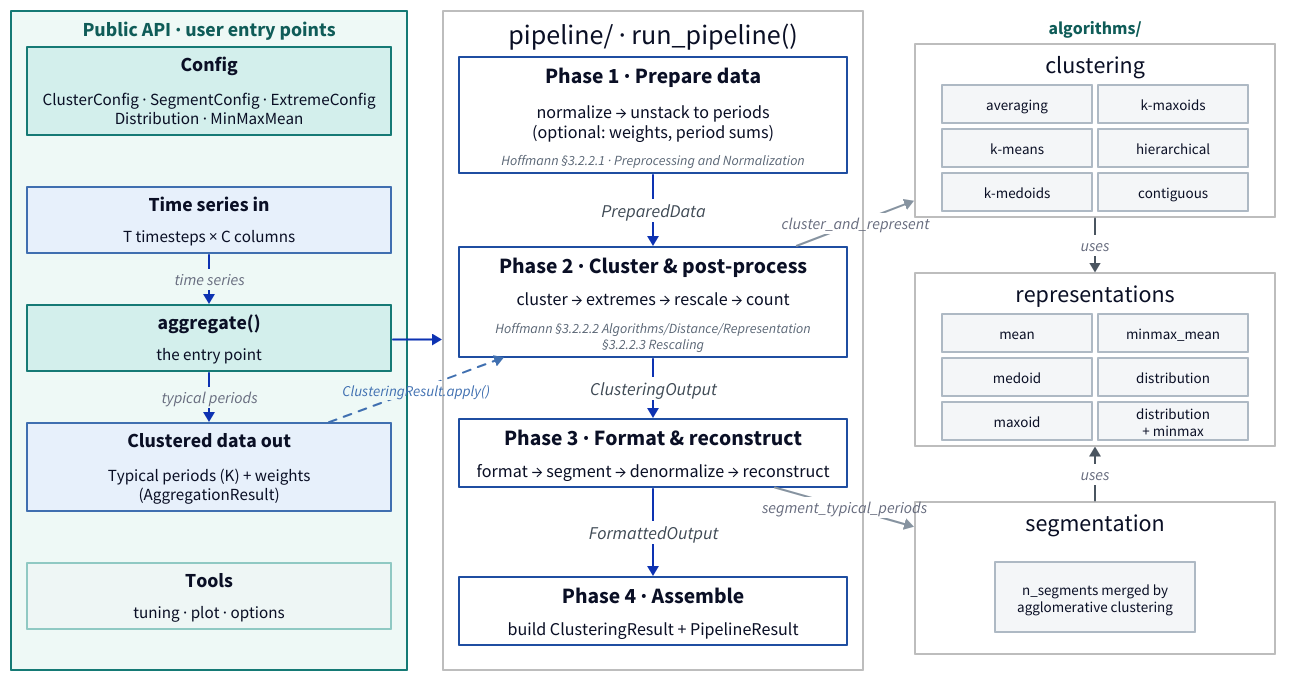
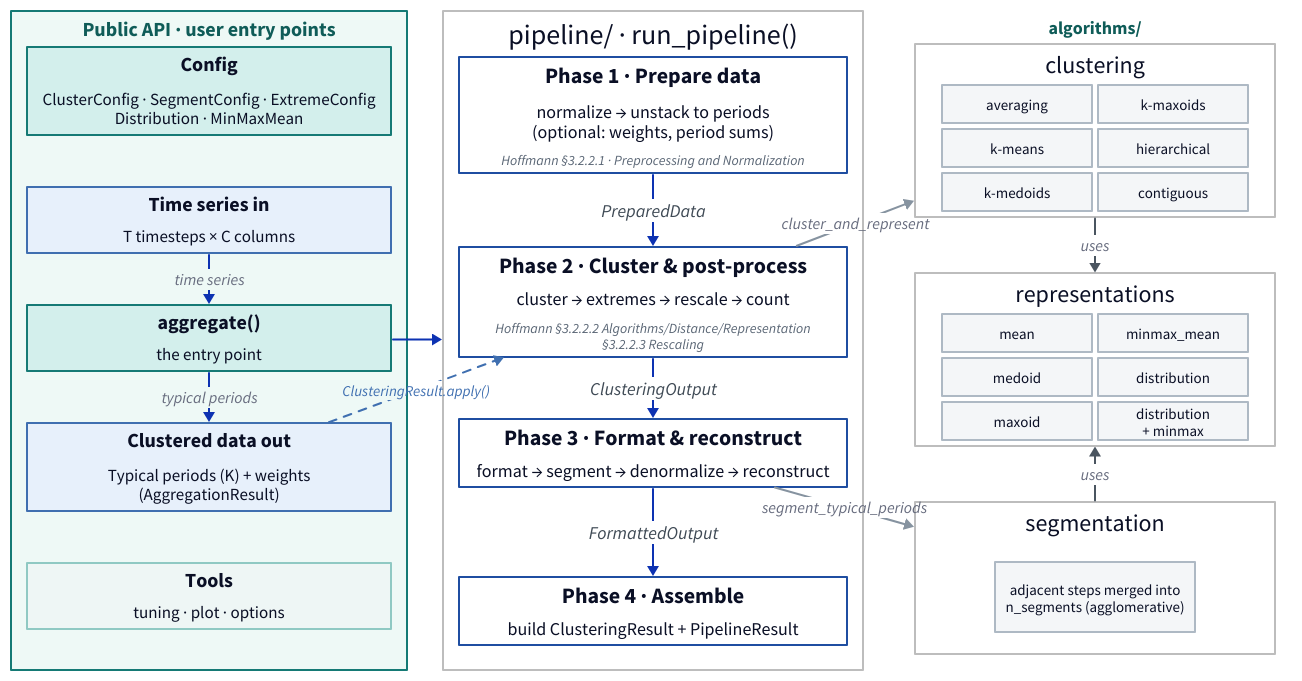
One commit to FZJ-IEK3-VSA/tsam changed the diagram in docs/assets/architecture/pipeline_diagram.d2. Above: the diagram before and after it, drawn with D2. The commit also changed 4 other files, not shown here.

```diff
--- a/docs/assets/architecture/pipeline_diagram.d2
+++ b/docs/assets/architecture/pipeline_diagram.d2
@@ -1,199 +1,199 @@
 # Pipeline architecture diagram — user data flow (time series in -> aggregate()
 # -> clustered data out), the four-phase run_pipeline(), and the clustering /
 # representation / segmentation options. Compact and A4-printable. Regenerate:
 #   d2 pipeline_diagram.d2 pipeline_diagram.svg
 
 direction: down
 
 vars: {
   d2-config: { pad: 6 }
 }
 
 classes: {
   side: { style: { fill: transparent; stroke: "#bdbdbd" } }
   pad: { style: { fill: transparent; stroke: transparent } }
   # green wrapper around the whole public API column (the user's entry points)
   api_group: { style: { fill: "#eef9f6"; stroke: "#157a75"; stroke-width: 2; bold: true; font-size: 20; font-color: "#0f5c58" } }
   # first-class public API (aggregate + config + results): prominent teal
   public: { style: { fill: "#d3efec"; stroke: "#157a75"; stroke-width: 2; bold: false; font-size: 18 } }
   # secondary public tools: lighter teal
   tool: { style: { fill: "#eef6f5"; stroke: "#8fc9c3"; bold: false; font-size: 16 } }
   # user data (time series in / clustered data out) — blue, distinct from the API
   data: { style: { fill: "#e7f0fb"; stroke: "#3f6fb0"; stroke-width: 2 } }
   # public-box title (bold) + body (normal) sub-nodes — same split as the phases
   # (d2 can't bold only part of a single label without markdown, which drops the
   # fill/border); fixed width keeps every box equal width and the text centred.
   pub_title: { width: 360; height: 30; style: { fill: transparent; stroke: transparent; bold: true; font-size: 20 } }
   pub_body: { width: 360; height: 30; style: { fill: transparent; stroke: transparent; bold: false; font-size: 17 } }
   # phase container holds a bold title sub-node + a normal-weight body sub-node
   # (d2 cannot bold only part of a single label without markdown, which drops
   # the box border — so the two weights are two borderless sub-nodes).
   phase: { style: { fill: "#ffffff"; stroke: "#1f4ea1"; stroke-width: 2 } }
   # fixed widths so every phase box is the same width and the centered text
   # lands on the box centre (d2 left-aligns content when it stretches a narrower
   # sibling to match the widest one).
   phase_title: { width: 384; height: 32; style: { fill: transparent; stroke: transparent; bold: true; font-size: 22 } }
   phase_body: { width: 384; height: 30; style: { fill: transparent; stroke: transparent; bold: false; font-size: 18 } }
   # faint caption mapping a phase onto the review's feature-based-merging steps
   # (Hoffmann et al. 2020, §3.2.2) — see context.md "Methodological positioning".
   phase_tag: { width: 384; style: { fill: transparent; stroke: transparent; bold: false; italic: true; font-size: 14; font-color: "#5a6675" } }
   # individual option chips — fixed width so all three groups are equal width
   opt: { width: 150; height: 38; style: { fill: "#f4f6f8"; stroke: "#aeb9c4"; bold: false; font-size: 15 } }
   conn: { style: { stroke: "#8693a0" } }
 }
 
 grid-columns: 3
 grid-gap: 36
 vertical-gap: 20
 
 # ── Left: public API (config → aggregate → results) + tools ────────────────
 # grid-gap doubles as the container's inner padding, so it is kept tiny (4) to
 # keep the outer boxes tight; the vertical spacing comes from transparent spacer
 # rows whose heights are tuned to fill the column to the tallest (right) one.
 lcol: "Public API · user entry points" {
   class: api_group
   grid-columns: 1
   grid-gap: 16
   cfg: "" {
     class: public
     grid-rows: 2
     grid-gap: 2
     title: "Config" { class: pub_title }
     body: "ClusterConfig · SegmentConfig · ExtremeConfig\nDistribution · MinMaxMean" { class: pub_body; height: 52 }
   }
   gap0: "" { class: pad; width: 10; height: 20 }
   ts: "" {
     class: data
     grid-rows: 2
     grid-gap: 2
     title: "Time series in" { class: pub_title }
     body: "T timesteps × C columns" { class: pub_body }
   }
   gapA: "" { class: pad; width: 10; height: 20 }
   api: "" {
     class: public
     grid-rows: 2
     grid-gap: 2
     title: "aggregate()" { class: pub_title }
     body: "the entry point" { class: pub_body }
   }
   gapB: "" { class: pad; width: 10; height: 20 }
   res: "" {
     class: data
     grid-rows: 2
     grid-gap: 2
     title: "Clustered data out" { class: pub_title }
     body: "Typical periods (K) + weights\n(AggregationResult)" { class: pub_body; height: 52 }
   }
   gapC: "" { class: pad; width: 10; height: 20 }
   tools: "" {
     class: tool
     grid-rows: 2
     grid-gap: 2
     title: "Tools" { class: pub_title }
     body: "tuning · plot · options" { class: pub_body }
   }
   ts -> api: "time series"
   api -> res: "typical periods"
 }
 
 # ── Center: the four phases (bold title + stage names) ─────────────────────
 pipeline: "pipeline/ · run_pipeline()" {
   class: side
   grid-columns: 1
   grid-gap: 16
 
   p1: "" {
     class: phase
     grid-rows: 3
     grid-gap: 2
     title: "Phase 1 · Prepare data" { class: phase_title }
     body: "normalize → unstack to periods\n(optional: weights, period sums)" { class: phase_body; height: 54 }
     tag: "Hoffmann §3.2.2.1 · Preprocessing and Normalization" { class: phase_tag; height: 22 }
   }
   gap1: "" { class: pad; width: 10; height: 42 }
   p2: "" {
     class: phase
     grid-rows: 3
     grid-gap: 2
     title: "Phase 2 · Cluster & post-process" { class: phase_title }
     body: "cluster → extremes → rescale → count" { class: phase_body }
     tag: "Hoffmann §3.2.2.2 Algorithms/Distance/Representation\n§3.2.2.3 Rescaling" { class: phase_tag; height: 40 }
   }
   gap2: "" { class: pad; width: 10; height: 30 }
   p3: "" {
     class: phase
     grid-rows: 2
     grid-gap: 2
     title: "Phase 3 · Format & reconstruct" { class: phase_title }
     body: "format → segment → denormalize → reconstruct" { class: phase_body }
   }
   gap3: "" { class: pad; width: 10; height: 58 }
   p4: "" {
     class: phase
     grid-rows: 2
     grid-gap: 2
     title: "Phase 4 · Assemble" { class: phase_title }
     body: "build ClusteringResult + PipelineResult" { class: phase_body }
   }
 
   p1 -> p2: "PreparedData" { style.font-size: 18; style.font-color: "#3f4a55" }
   p2 -> p3: "ClusteringOutput" { style.font-size: 18; style.font-color: "#3f4a55" }
   p3 -> p4: "FormattedOutput" { style.font-size: 18; style.font-color: "#3f4a55" }
 }
 
 # ── Right: algorithms/ — config-agnostic kernels the stages dispatch to ────
 rcol: "algorithms/" {
   class: pad
   style.font-size: 18
   style.font-color: "#0f5c58"
   style.bold: true
   grid-columns: 1
   grid-gap: 16
 
   clu_back: "clustering" {
     class: side
     width: 360
     grid-columns: 2
     grid-gap: 6
     m1: "averaging" { class: opt }
     m2: "k-means" { class: opt }
     m3: "k-medoids" { class: opt }
     m4: "k-maxoids" { class: opt }
     m5: "hierarchical" { class: opt }
     m6: "contiguous" { class: opt }
   }
 
   gapR1: "" { class: pad; width: 10; height: 24 }
   reps: "representations" {
     class: side
     width: 360
     grid-columns: 2
     grid-gap: 6
     r1: "mean" { class: opt }
     r2: "medoid" { class: opt }
     r3: "maxoid" { class: opt }
     r4: "minmax_mean" { class: opt }
     r5: "distribution" { class: opt }
     r6: "distribution\n+ minmax" { class: opt }
   }
 
   gapR2: "" { class: pad; width: 10; height: 24 }
   seg_back: "segmentation" {
     class: side
     width: 360
     height: 152
     grid-columns: 1
-    s1: "n_segments merged by\nagglomerative clustering" { class: opt; height: 70; width: 200 }
+    s1: "adjacent steps merged into\nn_segments (agglomerative)" { class: opt; height: 70; width: 200 }
   }
 }
 
 # ── Edges ─────────────────────────────────────────────────────────────────
 lcol.api -> pipeline
 pipeline.p2 -> rcol.clu_back: "cluster_and_represent" { class: conn }
 pipeline.p3 -> rcol.seg_back: "segment_typical_periods" { class: conn }
 rcol.clu_back -> rcol.reps: "uses" { style: { stroke: "#4a5560"; stroke-width: 2 } }
 rcol.seg_back -> rcol.reps: "uses" { style: { stroke: "#4a5560"; stroke-width: 2 } }
 
 # transfer path: reuse a fitted clustering on new data (skips the clustering step)
 lcol.res -> pipeline.p2: "ClusteringResult.apply()" { style: { stroke-dash: 4; stroke: "#3f6fb0"; font-size: 15; font-color: "#3f6fb0" } }
```
